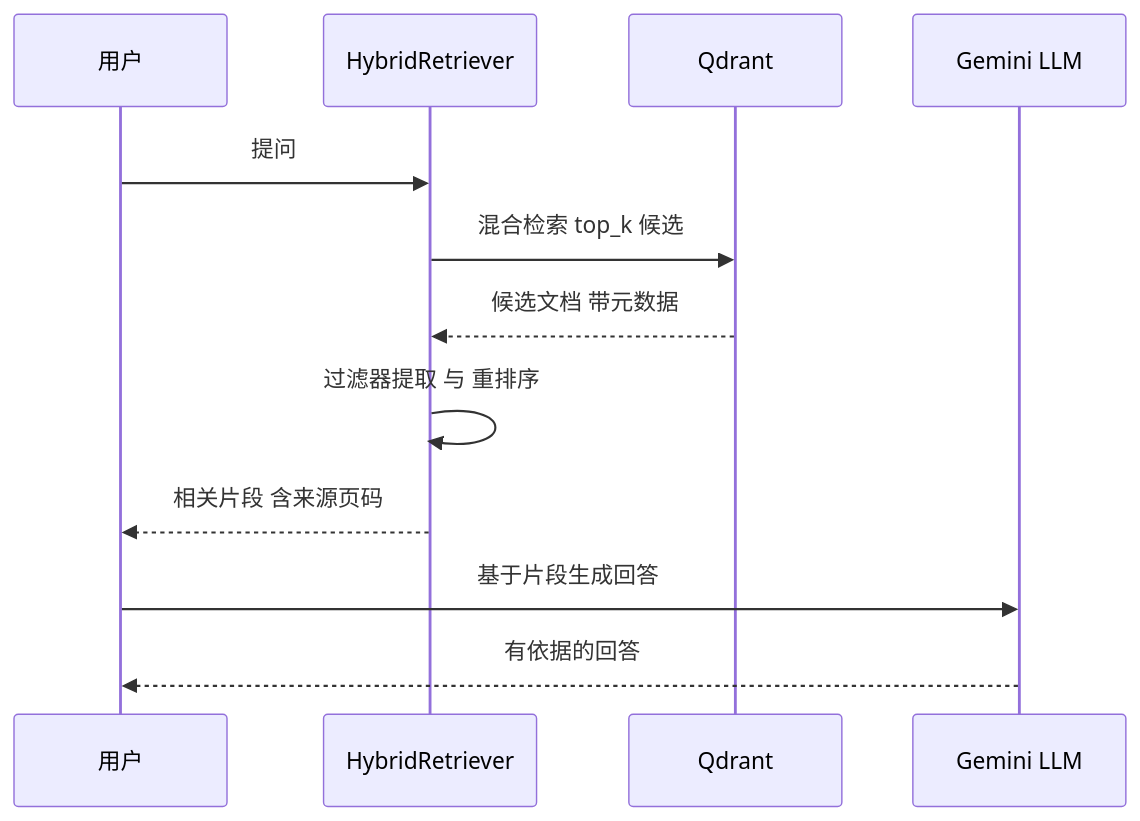
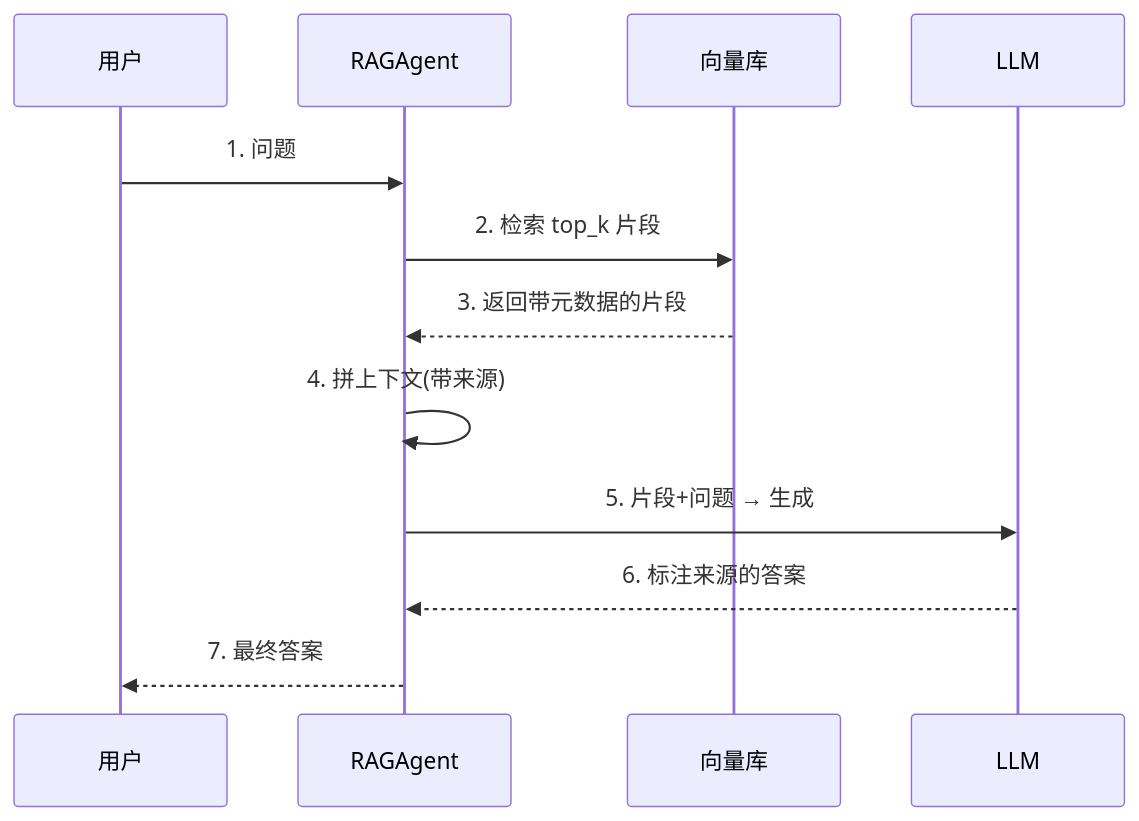
Before and after one commit to asfhkkkvh/agent: the third of 16 diagrams in docs/omnirag_learning_doc.md, drawn with Mermaid. The commit also changed other lines of this file and 23 other files, not shown here.

First line of the commit message:
feat: LLM 迁移智谱 GLM + 移除知识图谱 + RAGAS 改轻量评估

````diff
--- a/docs/omnirag_learning_doc.md
+++ b/docs/omnirag_learning_doc.md
@@ -208,14 +232,14 @@
 ```mermaid
 sequenceDiagram
     participant U as 用户
-    participant R as HybridRetriever
-    participant Q as Qdrant
-    participant L as Gemini LLM
-    U->>R: 提问
-    R->>Q: 混合检索 top_k 候选
-    Q-->>R: 候选文档 带元数据
-    R->>R: 过滤器提取 与 重排序
-    R-->>U: 相关片段 含来源页码
-    U->>L: 基于片段生成回答
-    L-->>U: 有依据的回答
+    participant R as RAGAgent
+    participant V as 向量库
+    participant L as LLM
+    U->>R: 1. 问题
+    R->>V: 2. 检索 top_k 片段
+    V-->>R: 3. 返回带元数据的片段
+    R->>R: 4. 拼上下文(带来源)
+    R->>L: 5. 片段+问题 → 生成
+    L-->>R: 6. 标注来源的答案
+    R-->>U: 7. 最终答案
 ```
````
